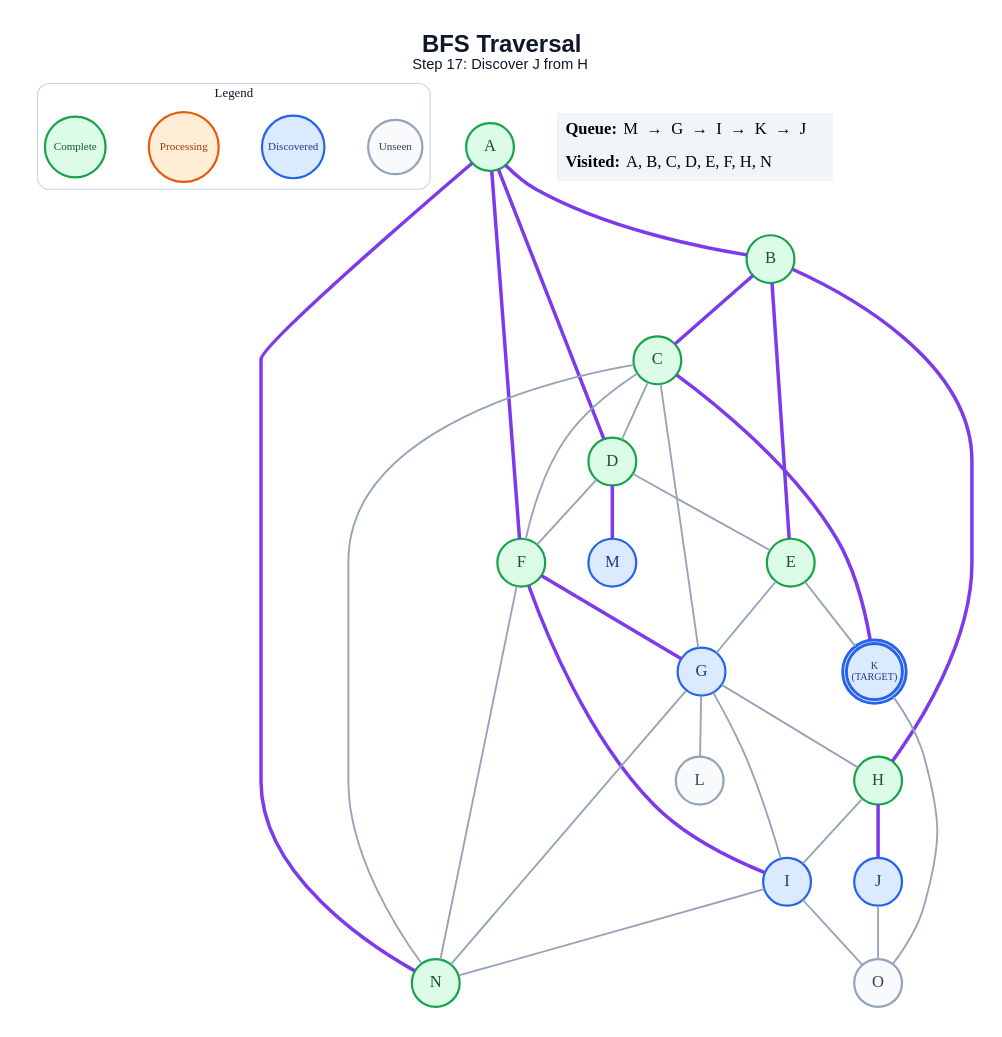
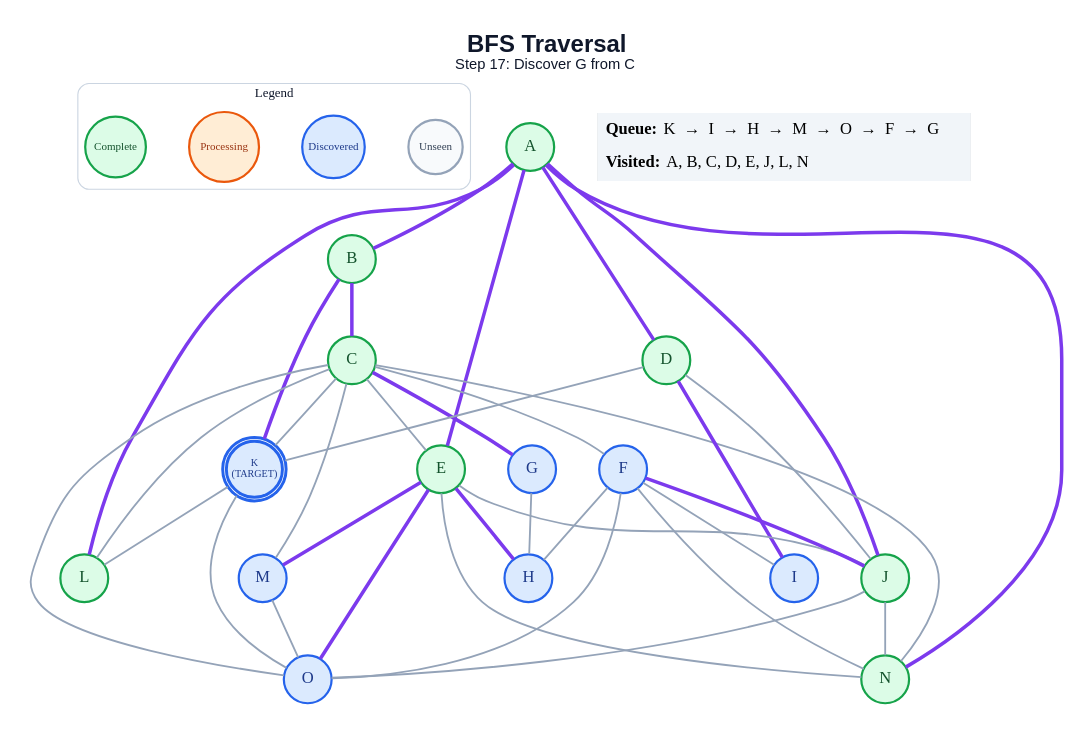
Before and after one commit to anon7238593-create/ai-slop: the diagram in generated/specific-node/bfs/step_17.dot, drawn with Graphviz. The commit also changed 249 other files, not shown here.

```diff
--- a/generated/specific-node/bfs/step_17.dot
+++ b/generated/specific-node/bfs/step_17.dot
@@ -1,64 +1,69 @@
 graph traversal {
   graph [layout=dot, rankdir=TB, bgcolor="#FFFFFF", pad="0.35", nodesep="0.65", ranksep="0.8", fontname="Arial"];
   node [shape=circle, style="filled", fontname="Arial Bold", fontsize=18, width=0.72, fixedsize=true, penwidth=2.4];
   edge [color="#94A3B8", penwidth=2.0];
-  label=<<B>BFS Traversal</B><BR/><FONT POINT-SIZE="16">Step 17: Discover J from H</FONT>>; labelloc="t"; fontsize=26; fontname="Arial"; fontcolor="#0F172A";
+  label=<<B>BFS Traversal</B><BR/><FONT POINT-SIZE="16">Step 17: Discover G from C</FONT>>; labelloc="t"; fontsize=26; fontname="Arial"; fontcolor="#0F172A";
   subgraph cluster_legend { label="Legend"; color="#CBD5E1"; penwidth=1.2; style="rounded"; fontsize=14; fontname="Arial Bold";
     key_unseen [label="Unseen", fillcolor="#F8FAFC", color="#94A3B8", fontcolor="#334155", fontsize=12, width=0.82];
     key_frontier [label="Discovered", fillcolor="#DBEAFE", color="#2563EB", fontcolor="#1E3A8A", fontsize=12, width=0.95];
     key_current [label="Processing", fillcolor="#FFEDD5", color="#EA580C", fontcolor="#9A3412", fontsize=12, width=1.05];
     key_done [label="Complete", fillcolor="#DCFCE7", color="#16A34A", fontcolor="#14532D", fontsize=12, width=0.92];
     { rank=same; key_unseen; key_frontier; key_current; key_done; }
   }
   A [label="A", fillcolor="#DCFCE7", color="#16A34A", fontcolor="#14532D", peripheries=1, penwidth=2.4];
   B [label="B", fillcolor="#DCFCE7", color="#16A34A", fontcolor="#14532D", peripheries=1, penwidth=2.4];
   C [label="C", fillcolor="#DCFCE7", color="#16A34A", fontcolor="#14532D", peripheries=1, penwidth=2.4];
   D [label="D", fillcolor="#DCFCE7", color="#16A34A", fontcolor="#14532D", peripheries=1, penwidth=2.4];
   E [label="E", fillcolor="#DCFCE7", color="#16A34A", fontcolor="#14532D", peripheries=1, penwidth=2.4];
-  F [label="F", fillcolor="#DCFCE7", color="#16A34A", fontcolor="#14532D", peripheries=1, penwidth=2.4];
+  F [label="F", fillcolor="#DBEAFE", color="#2563EB", fontcolor="#1E3A8A", peripheries=1, penwidth=2.4];
   G [label="G", fillcolor="#DBEAFE", color="#2563EB", fontcolor="#1E3A8A", peripheries=1, penwidth=2.4];
-  H [label="H", fillcolor="#DCFCE7", color="#16A34A", fontcolor="#14532D", peripheries=1, penwidth=2.4];
+  H [label="H", fillcolor="#DBEAFE", color="#2563EB", fontcolor="#1E3A8A", peripheries=1, penwidth=2.4];
   I [label="I", fillcolor="#DBEAFE", color="#2563EB", fontcolor="#1E3A8A", peripheries=1, penwidth=2.4];
-  J [label="J", fillcolor="#DBEAFE", color="#2563EB", fontcolor="#1E3A8A", peripheries=1, penwidth=2.4];
+  J [label="J", fillcolor="#DCFCE7", color="#16A34A", fontcolor="#14532D", peripheries=1, penwidth=2.4];
   K [label="K\n(TARGET)", fillcolor="#DBEAFE", color="#2563EB", fontcolor="#1E3A8A", peripheries=2, penwidth=3.2, fontsize=11, width=0.85, height=0.85];
-  L [label="L", fillcolor="#F8FAFC", color="#94A3B8", fontcolor="#334155", peripheries=1, penwidth=2.4];
+  L [label="L", fillcolor="#DCFCE7", color="#16A34A", fontcolor="#14532D", peripheries=1, penwidth=2.4];
   M [label="M", fillcolor="#DBEAFE", color="#2563EB", fontcolor="#1E3A8A", peripheries=1, penwidth=2.4];
   N [label="N", fillcolor="#DCFCE7", color="#16A34A", fontcolor="#14532D", peripheries=1, penwidth=2.4];
-  O [label="O", fillcolor="#F8FAFC", color="#94A3B8", fontcolor="#334155", peripheries=1, penwidth=2.4];
+  O [label="O", fillcolor="#DBEAFE", color="#2563EB", fontcolor="#1E3A8A", peripheries=1, penwidth=2.4];
   A -- B [color="#7C3AED", penwidth=3.8];
   A -- D [color="#7C3AED", penwidth=3.8];
-  A -- F [color="#7C3AED", penwidth=3.8];
+  A -- E [color="#7C3AED", penwidth=3.8];
+  A -- J [color="#7C3AED", penwidth=3.8];
+  A -- L [color="#7C3AED", penwidth=3.8];
   A -- N [color="#7C3AED", penwidth=3.8];
   B -- C [color="#7C3AED", penwidth=3.8];
-  B -- E [color="#7C3AED", penwidth=3.8];
-  B -- H [color="#7C3AED", penwidth=3.8];
-  C -- D;
+  B -- K [color="#7C3AED", penwidth=3.8];
+  C -- E;
   C -- F;
-  C -- G;
-  C -- K [color="#7C3AED", penwidth=3.8];
+  C -- G [color="#7C3AED", penwidth=3.8];
+  C -- K;
+  C -- L;
+  C -- M;
   C -- N;
-  D -- E;
-  D -- F;
-  D -- M [color="#7C3AED", penwidth=3.8];
-  E -- G;
-  E -- K;
-  F -- G [color="#7C3AED", penwidth=3.8];
-  F -- I [color="#7C3AED", penwidth=3.8];
+  C -- O;
+  D -- I [color="#7C3AED", penwidth=3.8];
+  D -- J;
+  D -- K;
+  E -- H [color="#7C3AED", penwidth=3.8];
+  E -- J;
+  E -- M [color="#7C3AED", penwidth=3.8];
+  E -- N;
+  E -- O [color="#7C3AED", penwidth=3.8];
+  F -- H;
+  F -- I;
+  F -- J [color="#7C3AED", penwidth=3.8];
   F -- N;
+  F -- O;
   G -- H;
-  G -- I;
-  G -- L;
-  G -- N;
-  H -- I;
-  H -- J [color="#7C3AED", penwidth=3.8];
-  I -- N;
-  I -- O;
+  J -- N;
   J -- O;
+  K -- L;
   K -- O;
+  M -- O;
   status [shape=plain, fixedsize=false, width=0, height=0, margin=0, label=<
     <TABLE BORDER="0" CELLBORDER="0" CELLPADDING="7" BGCOLOR="#F1F5F9">
-      <TR><TD ALIGN="LEFT"><B>Queue:</B> M  →  G  →  I  →  K  →  J</TD></TR>
-      <TR><TD ALIGN="LEFT"><B>Visited:</B> A, B, C, D, E, F, H, N</TD></TR>
+      <TR><TD ALIGN="LEFT"><B>Queue:</B> K  →  I  →  H  →  M  →  O  →  F  →  G</TD></TR>
+      <TR><TD ALIGN="LEFT"><B>Visited:</B> A, B, C, D, E, J, L, N</TD></TR>
     </TABLE>
   >];
 }
```
